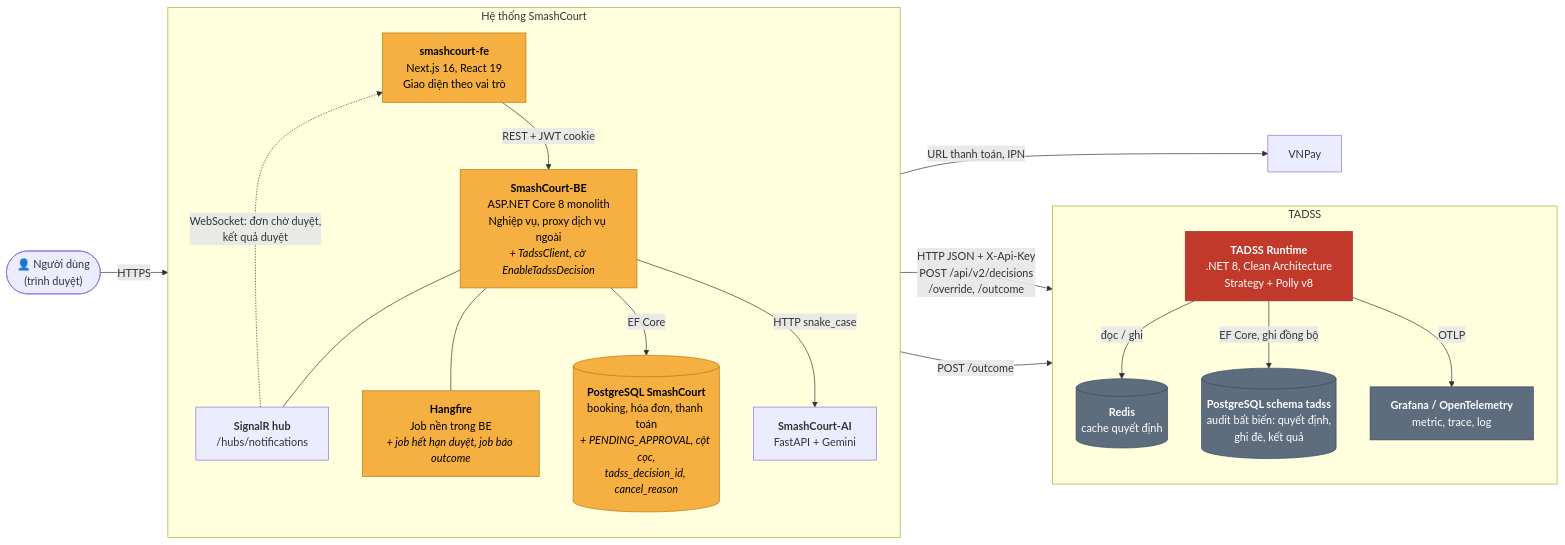
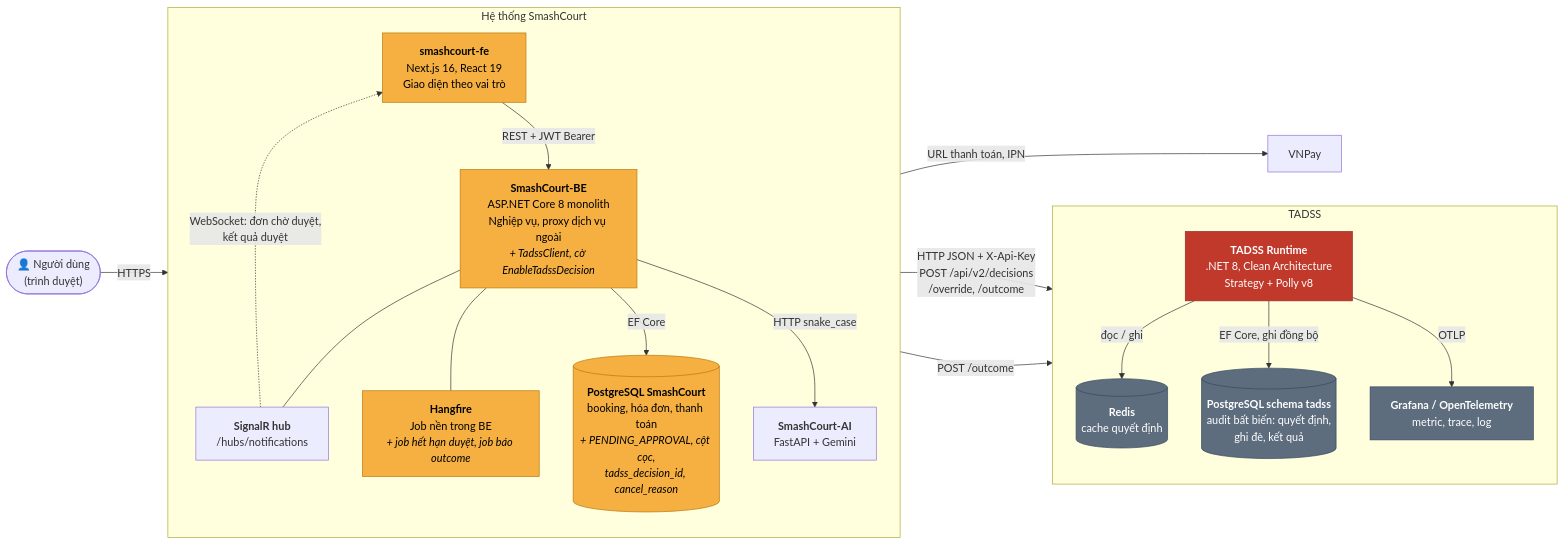
The second of 5 diagrams in docs/report/ARCHITECTURE_DIAGRAMS.md (NguyenThanhTrung-N2T/TrustworthyAdaptiveDecisionSupportSystem-TADSS), drawn with Mermaid before and after one commit. The commit also changed other lines of this file and 9 other files, not shown here.

````diff
--- a/docs/report/ARCHITECTURE_DIAGRAMS.md
+++ b/docs/report/ARCHITECTURE_DIAGRAMS.md
@@ -69,45 +69,45 @@
 ```mermaid
 flowchart LR
     user(["👤 Người dùng<br/>(trình duyệt)"])
 
     subgraph SC["Hệ thống SmashCourt"]
         direction TB
         fe["<b>smashcourt-fe</b><br/>Next.js 16, React 19<br/>Giao diện theo vai trò"]
         be["<b>SmashCourt-BE</b><br/>ASP.NET Core 8 monolith<br/>Nghiệp vụ, proxy dịch vụ ngoài<br/><i>+ TadssClient, cờ EnableTadssDecision</i>"]
         hangfire["<b>Hangfire</b><br/>Job nền trong BE<br/><i>+ job hết hạn duyệt, job báo outcome</i>"]
         hub["<b>SignalR hub</b><br/>/hubs/notifications"]
         ai["<b>SmashCourt-AI</b><br/>FastAPI + Gemini"]
         scdb[("<b>PostgreSQL SmashCourt</b><br/>booking, hóa đơn, thanh toán<br/><i>+ PENDING_APPROVAL, cột cọc,<br/>tadss_decision_id, cancel_reason</i>")]
     end
 
     subgraph TD["TADSS"]
         direction TB
         rt["<b>TADSS Runtime</b><br/>.NET 8, Clean Architecture<br/>Strategy + Polly v8"]
         redis[("<b>Redis</b><br/>cache quyết định")]
         tdb[("<b>PostgreSQL schema tadss</b><br/>audit bất biến: quyết định,<br/>ghi đè, kết quả")]
         otel["<b>Grafana / OpenTelemetry</b><br/>metric, trace, log"]
     end
 
     vnpay["VNPay"]
 
     user -- "HTTPS" --> fe
-    fe -- "REST + JWT cookie" --> be
+    fe -- "REST + JWT Bearer" --> be
     hub -. "WebSocket: đơn chờ duyệt,<br/>kết quả duyệt" .-> fe
     be --- hub
     be --- hangfire
     be -- "EF Core" --> scdb
     be -- "HTTP snake_case" --> ai
     be -- "HTTP JSON + X-Api-Key<br/>POST /api/v2/decisions<br/>/override, /outcome" --> rt
     hangfire -- "POST /outcome" --> rt
     be -- "URL thanh toán, IPN" --> vnpay
     rt -- "đọc / ghi" --> redis
     rt -- "EF Core, ghi đồng bộ" --> tdb
     rt -- "OTLP" --> otel
 
     classDef changed fill:#f5b041,stroke:#b9770e,color:#000
     classDef tadssNode fill:#c0392b,stroke:#922b21,color:#fff
     classDef store fill:#5d6d7e,stroke:#34495e,color:#fff
     class be,hangfire,scdb,fe changed
     class rt tadssNode
     class redis,tdb,otel store
 ```
````
